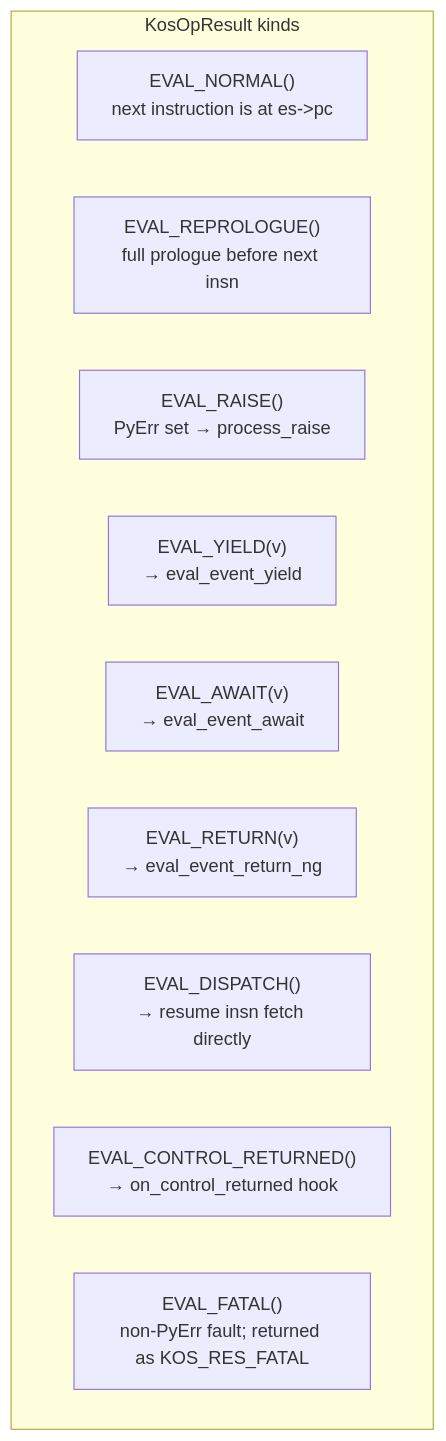
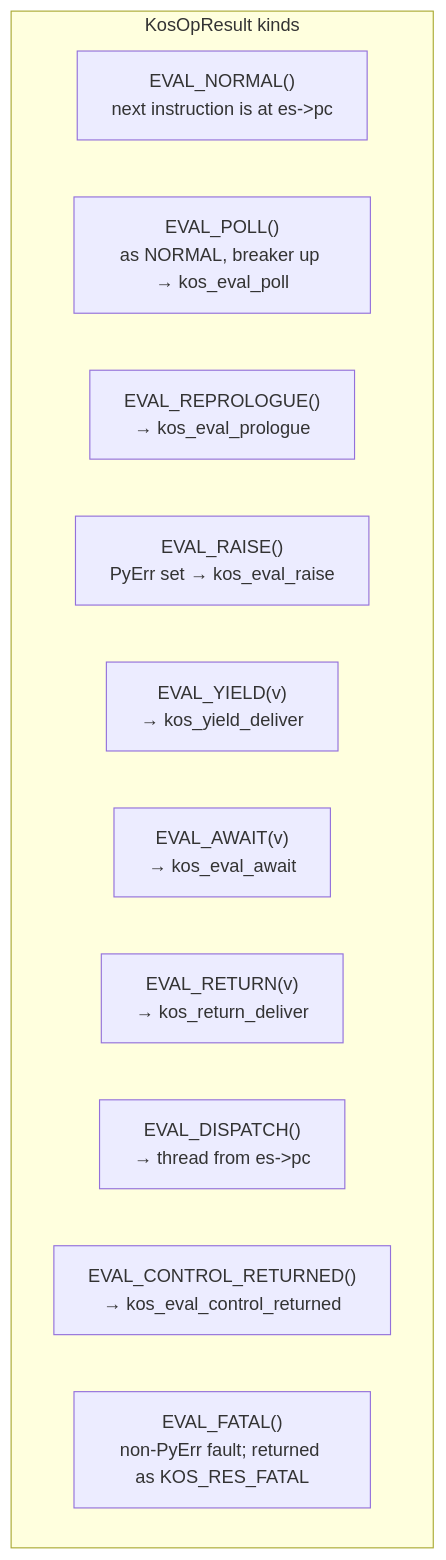
Before and after one commit to koskari-lang/koskari: the eighth of 12 diagrams in design/EVALUATOR.md, drawn with Mermaid. The commit also changed other lines of this file, not shown here.

First line of the commit message:
Describe the evaluator as one call into a threaded prologue

````diff
--- a/design/EVALUATOR.md
+++ b/design/EVALUATOR.md
@@ -565,14 +581,15 @@
 ```mermaid
 flowchart TD
     subgraph opcode_return["KosOpResult kinds"]
         rn["EVAL_NORMAL()<br/>next instruction is at es->pc"]
-        rr["EVAL_REPROLOGUE()<br/>full prologue before next insn"]
-        re["EVAL_RAISE()<br/>PyErr set → process_raise"]
-        ry["EVAL_YIELD(v)<br/>→ eval_event_yield"]
-        ra["EVAL_AWAIT(v)<br/>→ eval_event_await"]
-        rret["EVAL_RETURN(v)<br/>→ eval_event_return_ng"]
-        rd["EVAL_DISPATCH()<br/>→ resume insn fetch directly"]
-        rc["EVAL_CONTROL_RETURNED()<br/>→ on_control_returned hook"]
+        rp["EVAL_POLL()<br/>as NORMAL, breaker up → kos_eval_poll"]
+        rr["EVAL_REPROLOGUE()<br/>→ kos_eval_prologue"]
+        re["EVAL_RAISE()<br/>PyErr set → kos_eval_raise"]
+        ry["EVAL_YIELD(v)<br/>→ kos_yield_deliver"]
+        ra["EVAL_AWAIT(v)<br/>→ kos_eval_await"]
+        rret["EVAL_RETURN(v)<br/>→ kos_return_deliver"]
+        rd["EVAL_DISPATCH()<br/>→ thread from es->pc"]
+        rc["EVAL_CONTROL_RETURNED()<br/>→ kos_eval_control_returned"]
         rf["EVAL_FATAL()<br/>non-PyErr fault; returned as KOS_RES_FATAL"]
     end
 ```
````
